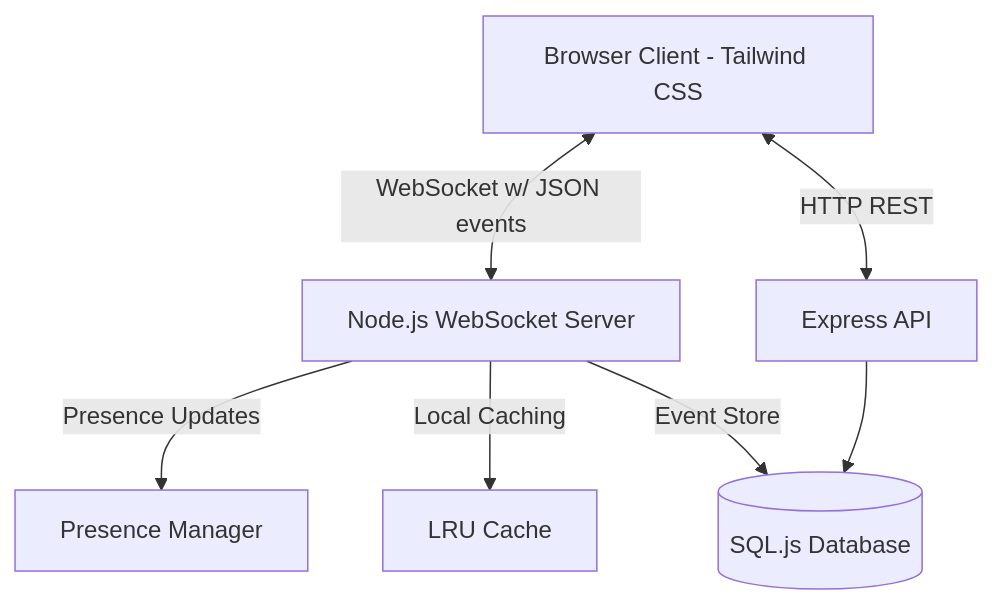
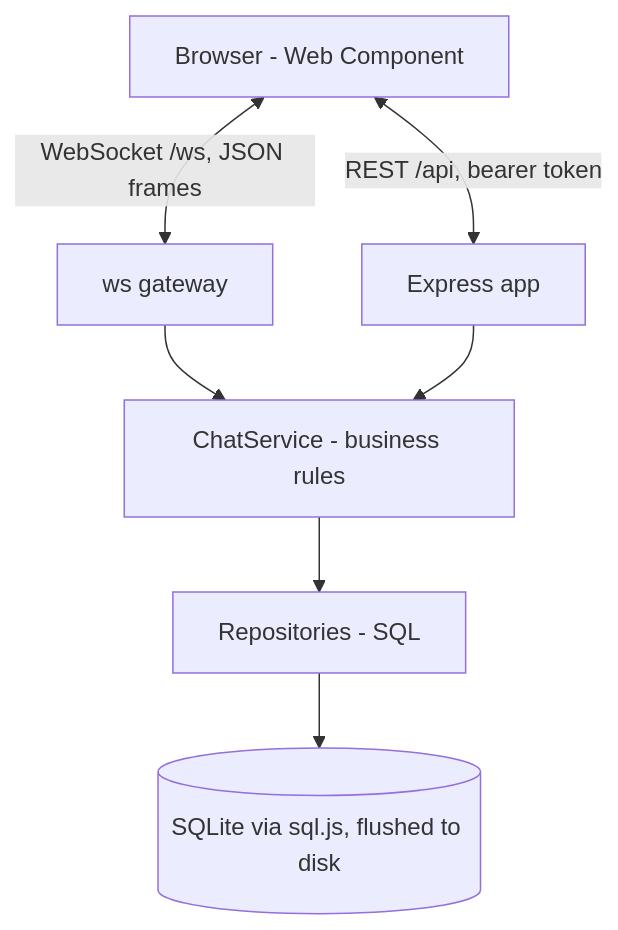
The diagram in README.md (codebyjuliamendes/realtime-chat), drawn with Mermaid before and after one commit. The commit also changed other lines of this file and 1 other file, not shown here.

````diff
--- a/README.md
+++ b/README.md
@@ -37,12 +97,9 @@
 ```mermaid
 graph TD
-    Client[Browser Client - Tailwind CSS]
-    Client <-->|WebSocket w/ JSON events| WSServer[Node.js WebSocket Server]
-    Client <-->|HTTP REST| API[Express API]
-    
-    WSServer -->|Presence Updates| Presence[Presence Manager]
-    WSServer -->|Local Caching| Cache[LRU Cache]
-    WSServer -->|Event Store| DB[(SQL.js Database)]
-    
-    API --> DB
+    Client[Browser - Web Component] <-->|WebSocket /ws, JSON frames| GW[ws gateway]
+    Client <-->|REST /api, bearer token| HTTP[Express app]
+    GW --> SVC[ChatService - business rules]
+    HTTP --> SVC
+    SVC --> REPO[Repositories - SQL]
+    REPO --> DB[(SQLite via sql.js, flushed to disk)]
 ```
````
